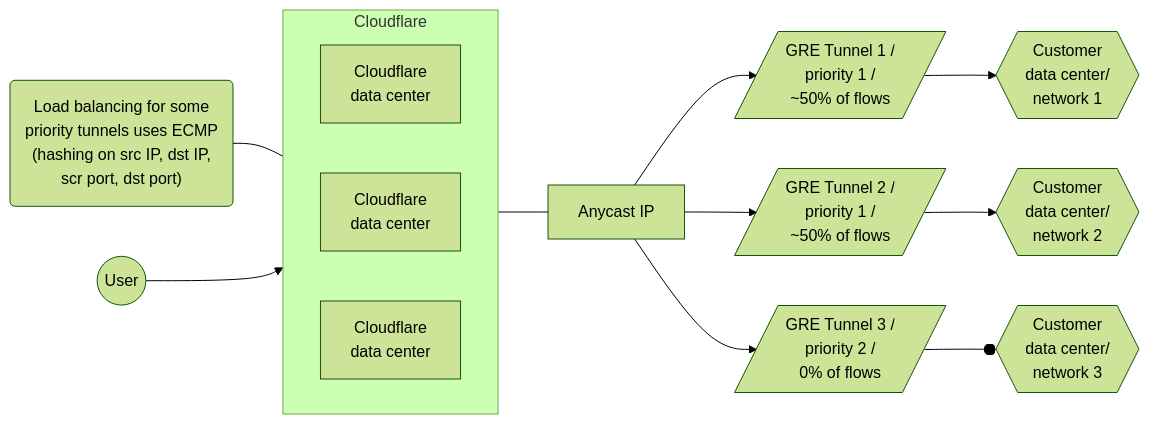
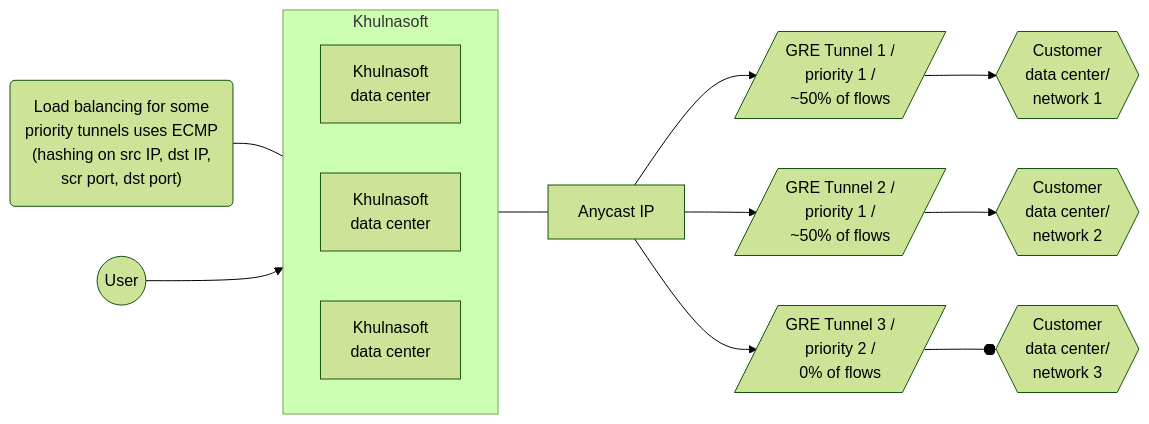
The second of 4 diagrams in content/magic-transit/_partials/_traffic-steering.md (NxPKG/khulnasoft-docs), drawn with Mermaid (forest theme) before and after one commit. The commit also changed other lines of this file and 2914 other files, not shown here.

````diff
--- a/content/magic-transit/_partials/_traffic-steering.md
+++ b/content/magic-transit/_partials/_traffic-steering.md
@@ -61,18 +61,18 @@
 ```mermaid
 flowchart LR
 accTitle: Tunnels diagram
 accDescr: This example has three tunnel routes, with traffic equally distributed across two paths.
 
-subgraph Cloudflare
+subgraph Khulnasoft
 direction LR
-B[Cloudflare <br> data center]
-C[Cloudflare <br> data center]
-D[Cloudflare <br> data center]
+B[Khulnasoft <br> data center]
+C[Khulnasoft <br> data center]
+D[Khulnasoft <br> data center]
 end
 
-Z("Load balancing for some <br> priority tunnels uses ECMP <br> (hashing on src IP, dst IP, <br> scr port, dst port)") --- Cloudflare
-A((User)) --> Cloudflare --- E[Anycast IP]
+Z("Load balancing for some <br> priority tunnels uses ECMP <br> (hashing on src IP, dst IP, <br> scr port, dst port)") --- Khulnasoft
+A((User)) --> Khulnasoft --- E[Anycast IP]
 E[Anycast IP] --> F[/"GRE Tunnel 1 / <br> priority 1 / <br> ~50% of flows"/] --> I{{Customer <br> data center/ <br> network 1}}
 E[Anycast IP] --> G[/"GRE Tunnel 2 / <br> priority 1 / <br> ~50% of flows"/] --> J{{Customer <br> data center/ <br> network 2}}
 E[Anycast IP] --> H[/GRE Tunnel 3 / <br> priority 2 / <br> 0% of flows/] --o K{{Customer <br> data center/ <br> network 3}}
 ```
````
